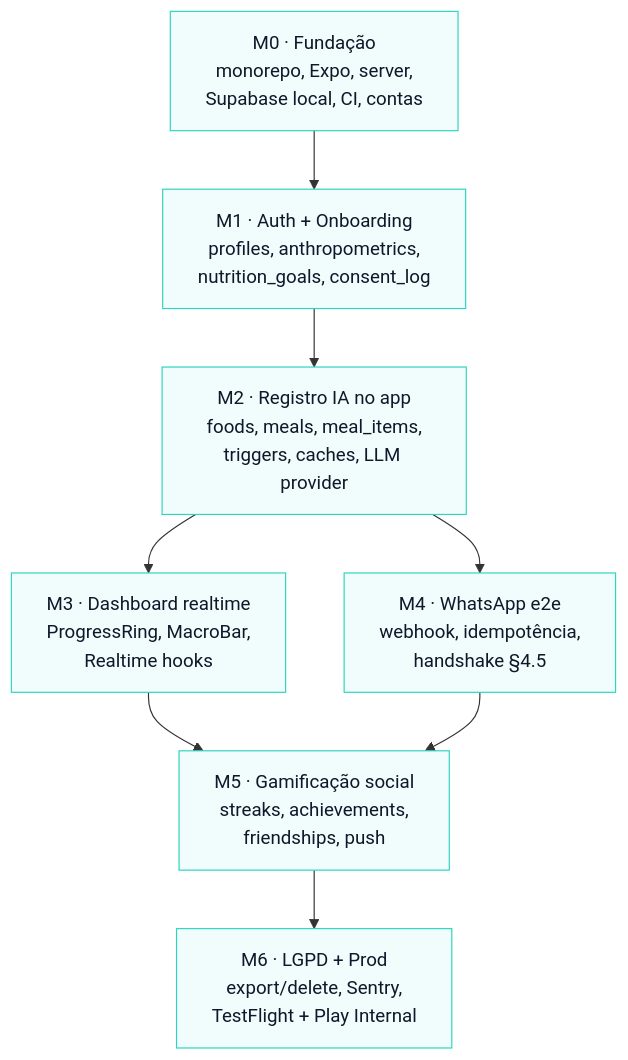
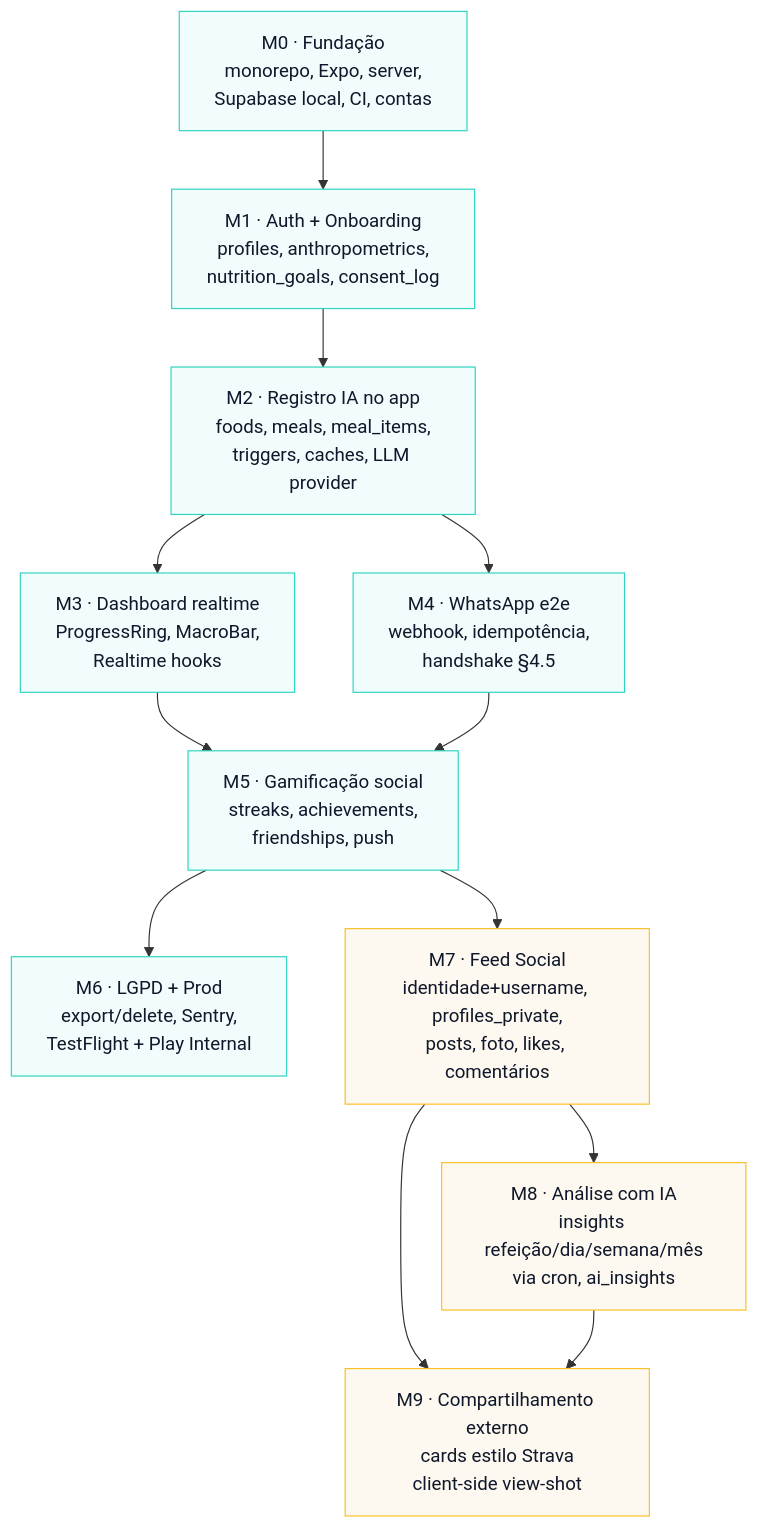
Before and after one commit to FitBrother/fitbrother: the diagram in docs/PLAN.md, drawn with Mermaid. The commit also changed other lines of this file and 1 other file, not shown here.

First line of the commit message:
docs: unificar roadmap — M7-M9 no PLAN.md (Fase 2)

````diff
--- a/docs/PLAN.md
+++ b/docs/PLAN.md
@@ -20,14 +20,23 @@
 ```mermaid
 flowchart TB
     M0[M0 · Fundação<br/>monorepo, Expo, server,<br/>Supabase local, CI, contas] --> M1
     M1[M1 · Auth + Onboarding<br/>profiles, anthropometrics,<br/>nutrition_goals, consent_log] --> M2
     M2[M2 · Registro IA no app<br/>foods, meals, meal_items,<br/>triggers, caches, LLM provider] --> M3
     M2 --> M4
     M3[M3 · Dashboard realtime<br/>ProgressRing, MacroBar,<br/>Realtime hooks] --> M5
     M4[M4 · WhatsApp e2e<br/>webhook, idempotência,<br/>handshake §4.5] --> M5
     M5[M5 · Gamificação social<br/>streaks, achievements,<br/>friendships, push] --> M6
     M6[M6 · LGPD + Prod<br/>export/delete, Sentry,<br/>TestFlight + Play Internal]
 
+    %% ── Fase 2 · Transição para rede social ──
+    M5 --> M7
+    M7[M7 · Feed Social<br/>identidade+username, profiles_private,<br/>posts, foto, likes, comentários] --> M8
+    M7 --> M9
+    M8[M8 · Análise com IA<br/>insights refeição/dia/semana/mês<br/>via cron, ai_insights] --> M9
+    M9[M9 · Compartilhamento externo<br/>cards estilo Strava<br/>client-side view-shot]
+
     classDef bg fill:#F0FDFC,stroke:#2DD4BF,color:#0F172A
+    classDef fase2 fill:#FEF9F0,stroke:#FBBF24,color:#0F172A
     class M0,M1,M2,M3,M4,M5,M6 bg
+    class M7,M8,M9 fase2
 ```
````
